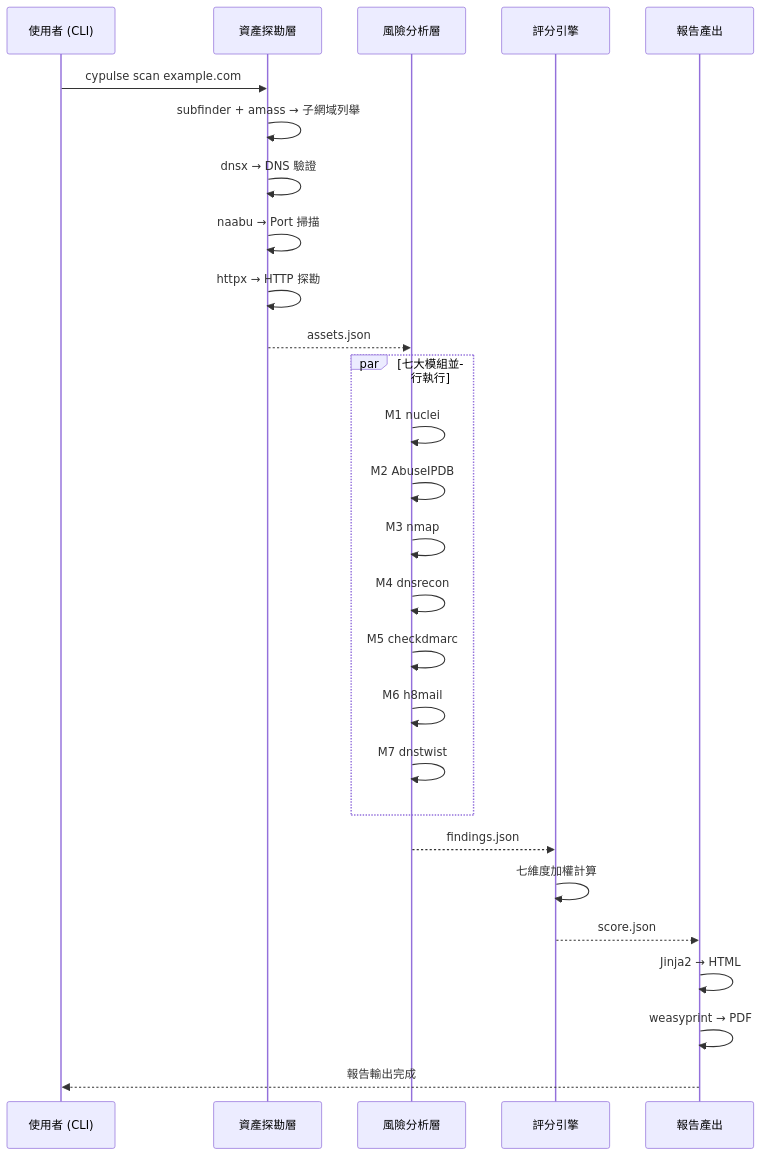
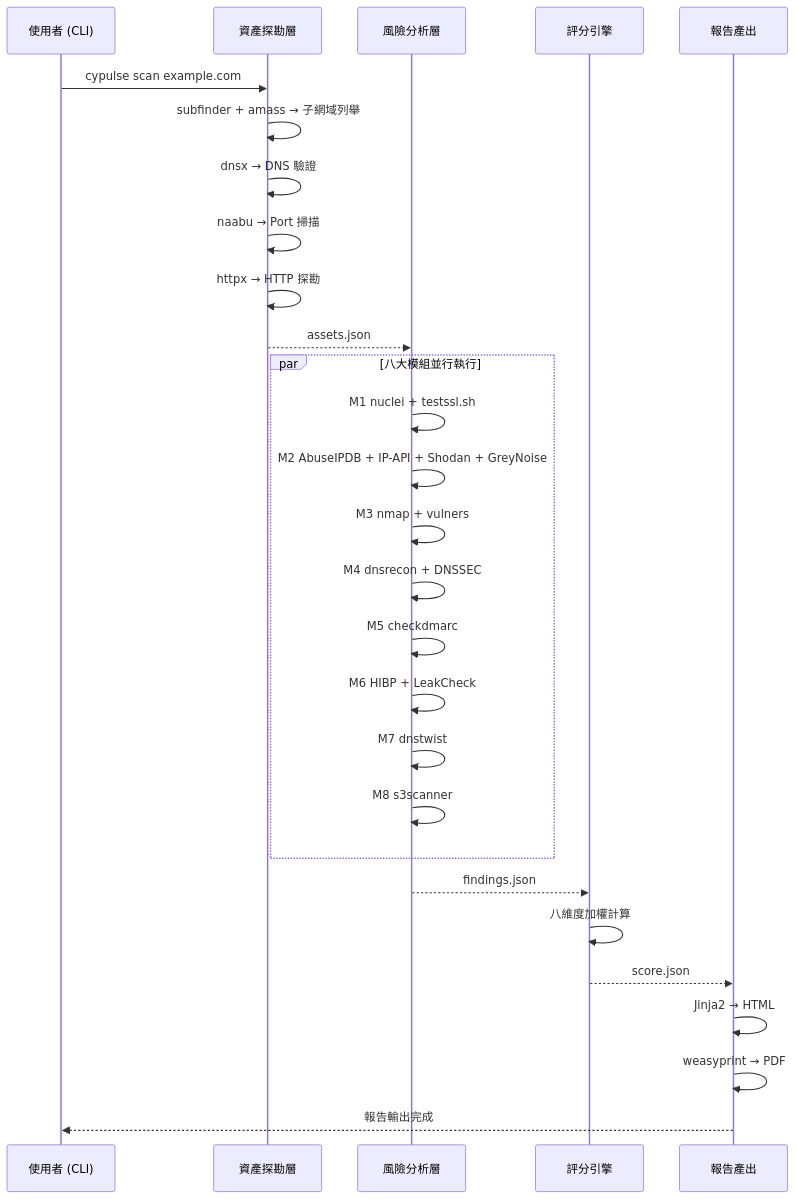
Before and after one commit to astroicers/CyPulse: the second of 2 diagrams in docs/architecture.md, drawn with Mermaid. The commit also changed other lines of this file and 6 other files, not shown here.

First line of the commit message:
docs: 對齊 README / CHANGELOG / SRS / SDS / architecture 至八大模組

````diff
--- a/docs/architecture.md
+++ b/docs/architecture.md
@@ -84,33 +84,34 @@
 ```mermaid
 sequenceDiagram
     participant User as 使用者 (CLI)
     participant Disc as 資產探勘層
     participant Anal as 風險分析層
     participant Score as 評分引擎
     participant Report as 報告產出
 
     User->>Disc: cypulse scan example.com
     Disc->>Disc: subfinder + amass → 子網域列舉
     Disc->>Disc: dnsx → DNS 驗證
     Disc->>Disc: naabu → Port 掃描
     Disc->>Disc: httpx → HTTP 探勘
     Disc-->>Anal: assets.json
 
-    par 七大模組並行執行
-        Anal->>Anal: M1 nuclei
-        Anal->>Anal: M2 AbuseIPDB
-        Anal->>Anal: M3 nmap
-        Anal->>Anal: M4 dnsrecon
+    par 八大模組並行執行
+        Anal->>Anal: M1 nuclei + testssl.sh
+        Anal->>Anal: M2 AbuseIPDB + IP-API + Shodan + GreyNoise
+        Anal->>Anal: M3 nmap + vulners
+        Anal->>Anal: M4 dnsrecon + DNSSEC
         Anal->>Anal: M5 checkdmarc
-        Anal->>Anal: M6 h8mail
+        Anal->>Anal: M6 HIBP + LeakCheck
         Anal->>Anal: M7 dnstwist
+        Anal->>Anal: M8 s3scanner
     end
     Anal-->>Score: findings.json
 
-    Score->>Score: 七維度加權計算
+    Score->>Score: 八維度加權計算
     Score-->>Report: score.json
 
     Report->>Report: Jinja2 → HTML
     Report->>Report: weasyprint → PDF
     Report-->>User: 報告輸出完成
 ```
````
